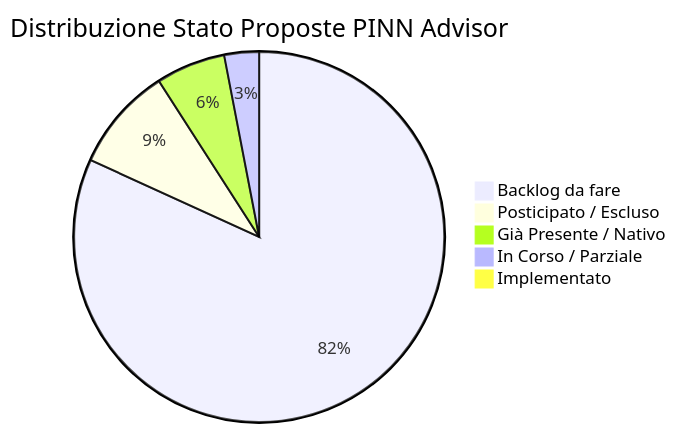
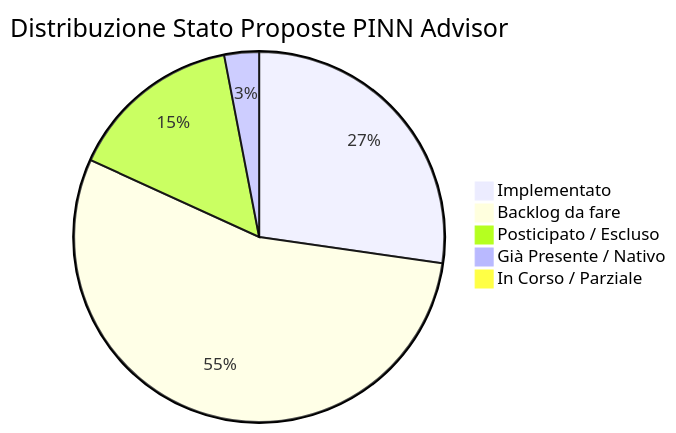
The first of 2 diagrams in tools/pinn_advisor/reports/Actionable_analysis.md (Eaglw/PINN-tesi), drawn with Mermaid before and after one commit. The commit also changed other lines of this file and 3 other files, not shown here.

````diff
--- a/tools/pinn_advisor/reports/Actionable_analysis.md
+++ b/tools/pinn_advisor/reports/Actionable_analysis.md
@@ -21,8 +21,8 @@
 ```mermaid
 pie title Distribuzione Stato Proposte PINN Advisor
-    "Backlog da fare" : 27
-    "Posticipato / Escluso" : 3
-    "Già Presente / Nativo" : 2
-    "In Corso / Parziale" : 1
-    "Implementato" : 0
+    "Implementato" : 9
+    "Backlog da fare" : 18
+    "Posticipato / Escluso" : 5
+    "Già Presente / Nativo" : 1
+    "In Corso / Parziale" : 0
 ```
````
